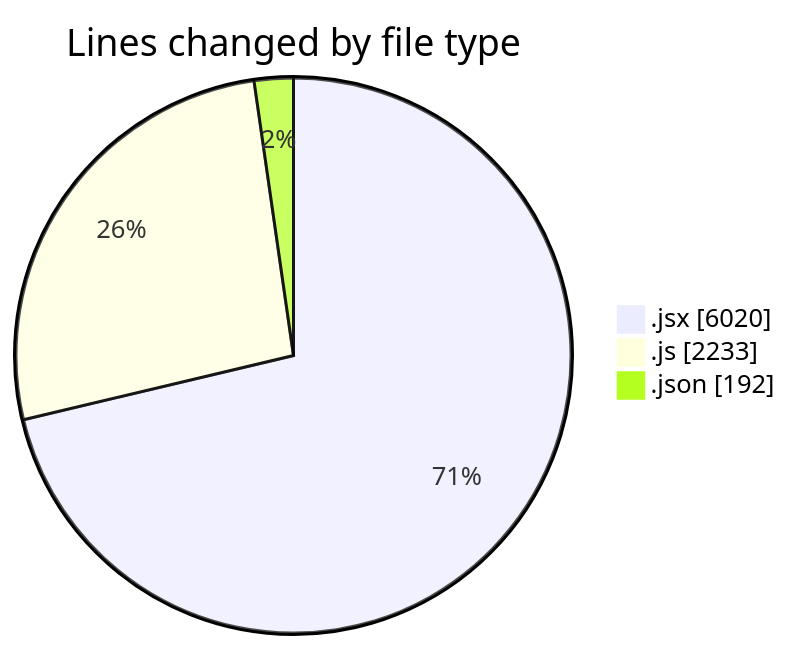
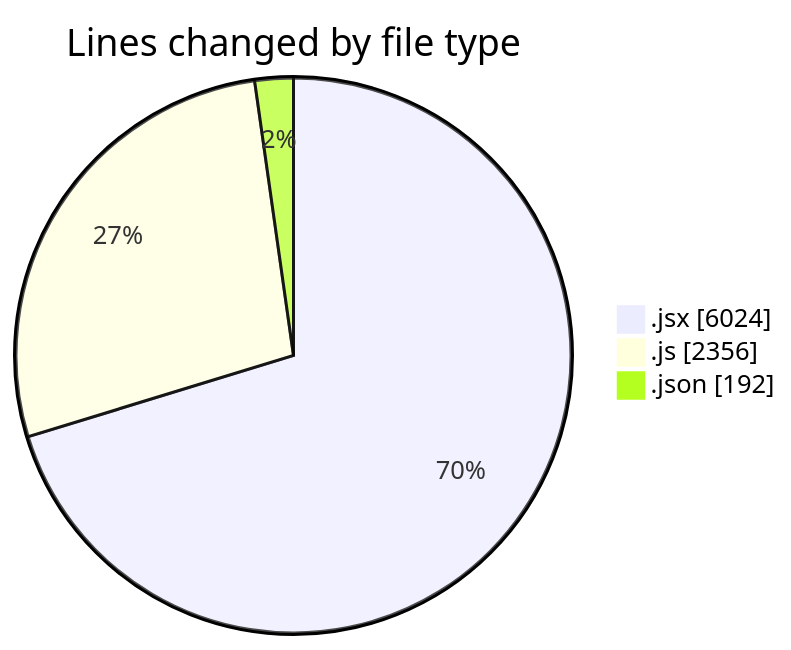
The first of 2 diagrams in 2025-08-06/nxtqube_webapp/README.md (nxtqubesakshisongat/code-tracking), drawn with Mermaid before and after one commit. The commit also changed other lines of this file and 1 other file, not shown here.

````diff
--- a/2025-08-06/nxtqube_webapp/README.md
+++ b/2025-08-06/nxtqube_webapp/README.md
@@ -31,7 +31,7 @@
 ```mermaid
 pie showData
 title Lines changed by file type
-".jsx" : 6020
-".js" : 2233
+".jsx" : 6024
+".js" : 2356
 ".json" : 192
 ```
````
